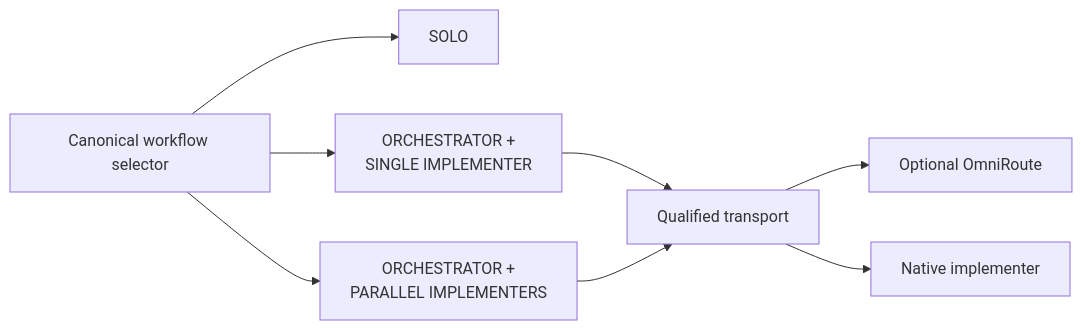
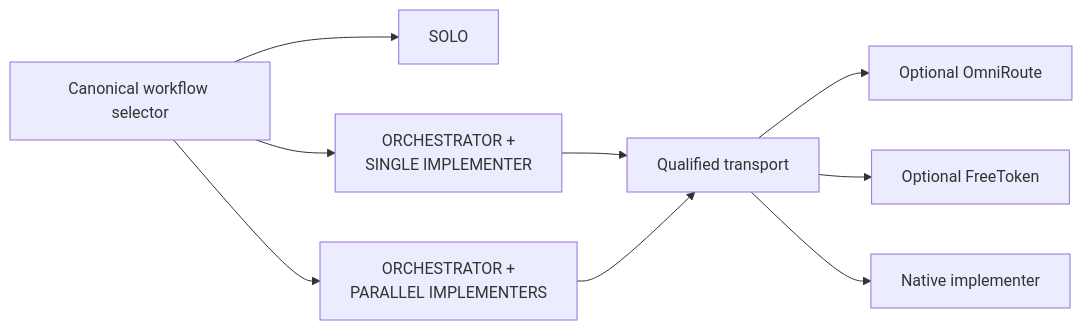
The third of 4 diagrams in .agents/skills/README.md (ShaftHQ/SHAFT_ENGINE), drawn with Mermaid before and after one commit. The commit also changed other lines of this file and 11 other files, not shown here.

First line of the commit message:
[CE] Probe optional FreeToken on loopback without installing it

````diff
--- a/.agents/skills/README.md
+++ b/.agents/skills/README.md
@@ -75,10 +75,11 @@
 ```mermaid
 flowchart LR
     W["Canonical workflow selector"] --> S["SOLO"]
     W --> O1["ORCHESTRATOR +<br/>SINGLE IMPLEMENTER"]
     W --> OP["ORCHESTRATOR +<br/>PARALLEL IMPLEMENTERS"]
     O1 --> T["Qualified transport"]
     OP --> T
     T --> OR["Optional OmniRoute"]
+    T --> FT["Optional FreeToken"]
     T --> N["Native implementer"]
 ```
````
